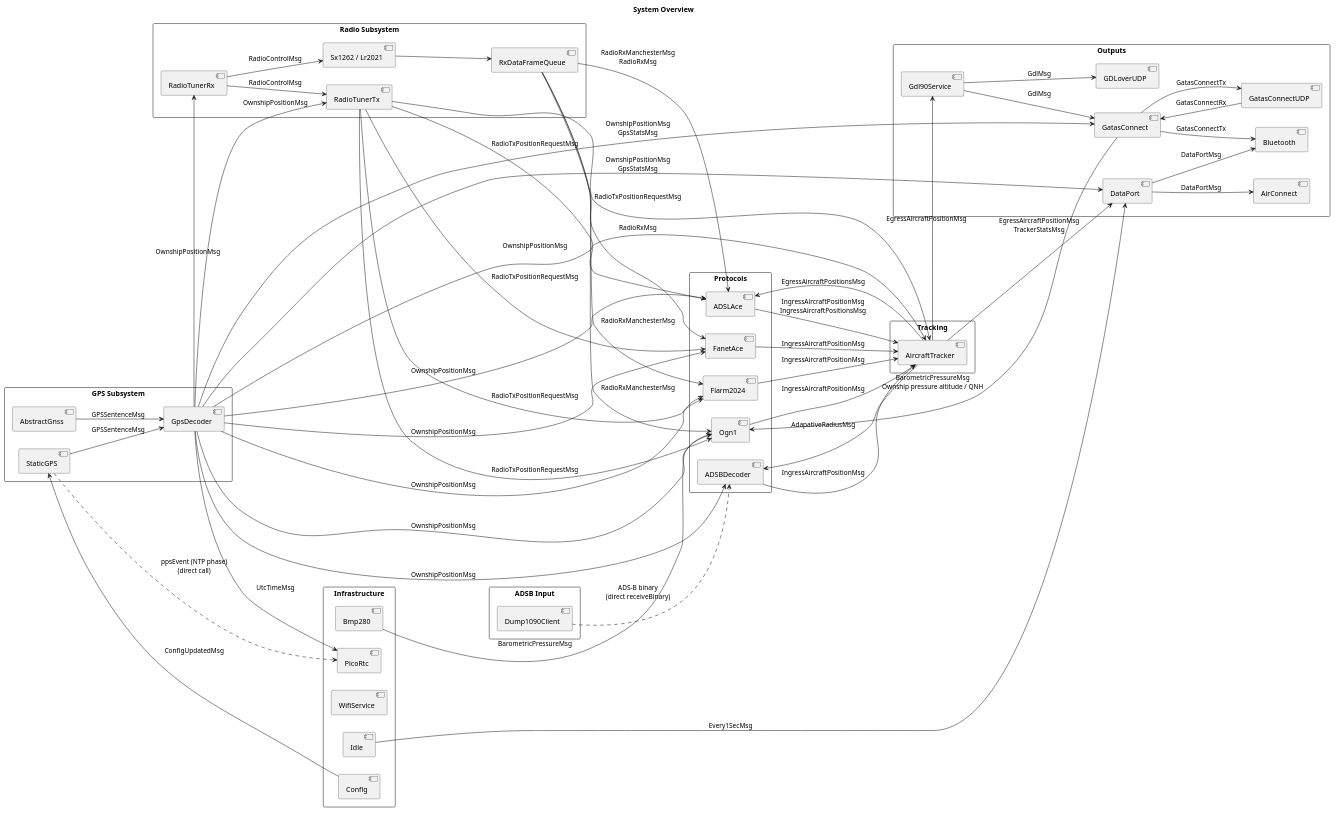
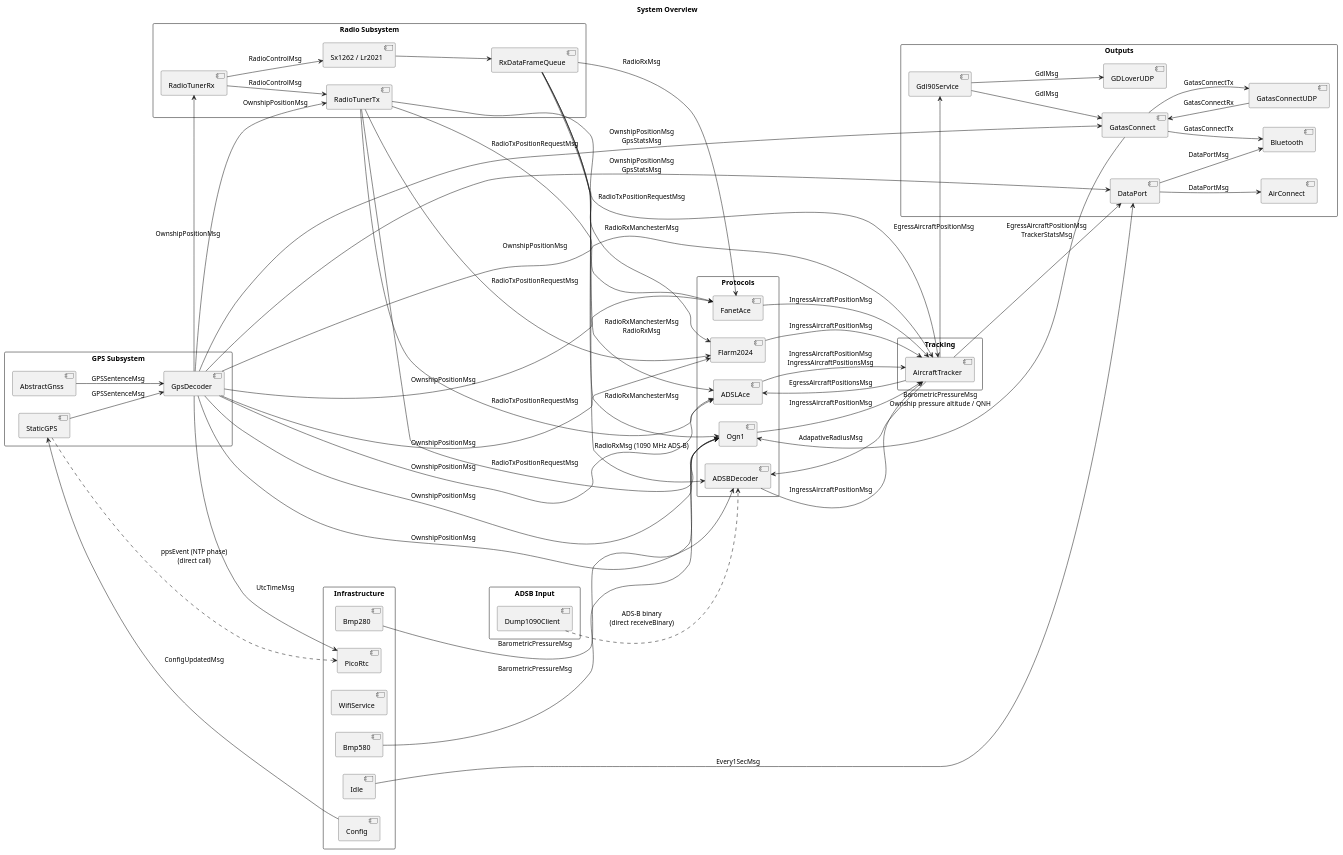
Before and after one commit to gatasConspicuity/gatas: the first of 7 diagrams in doc/message-bus.md, drawn with PlantUML. The commit also changed other lines of this file and 49 other files, not shown here.

```diff
--- a/doc/message-bus.md
+++ b/doc/message-bus.md
@@ -76,6 +79,7 @@
     [Config]
     [WifiService]
     [Bmp280]
+    [Bmp580]
     [PicoRtc]
 }
 
@@ -99,6 +103,7 @@
 [RxDataFrameQueue] --> [Flarm2024] : RadioRxManchesterMsg
 [RxDataFrameQueue] --> [ADSLAce] : RadioRxManchesterMsg\nRadioRxMsg
 [RxDataFrameQueue] --> [FanetAce] : RadioRxMsg
+[RxDataFrameQueue] --> [ADSBDecoder] : RadioRxMsg (1090 MHz ADS-B)
 [Dump1090Client] ..> [ADSBDecoder] : ADS-B binary\n(direct receiveBinary)
 [Ogn1] --> [AircraftTracker] : IngressAircraftPositionMsg
 [Flarm2024] --> [AircraftTracker] : IngressAircraftPositionMsg
@@ -125,6 +130,7 @@
 [DataPort] --> [AirConnect] : DataPortMsg
 [Idle] --> [DataPort] : Every1SecMsg
 [Bmp280] --> [Ogn1] : BarometricPressureMsg
+[Bmp580] --> [Ogn1] : BarometricPressureMsg
 [GatasConnect] --> [Ogn1] : BarometricPressureMsg\nOwnship pressure altitude / QNH
 
 @enduml
```
